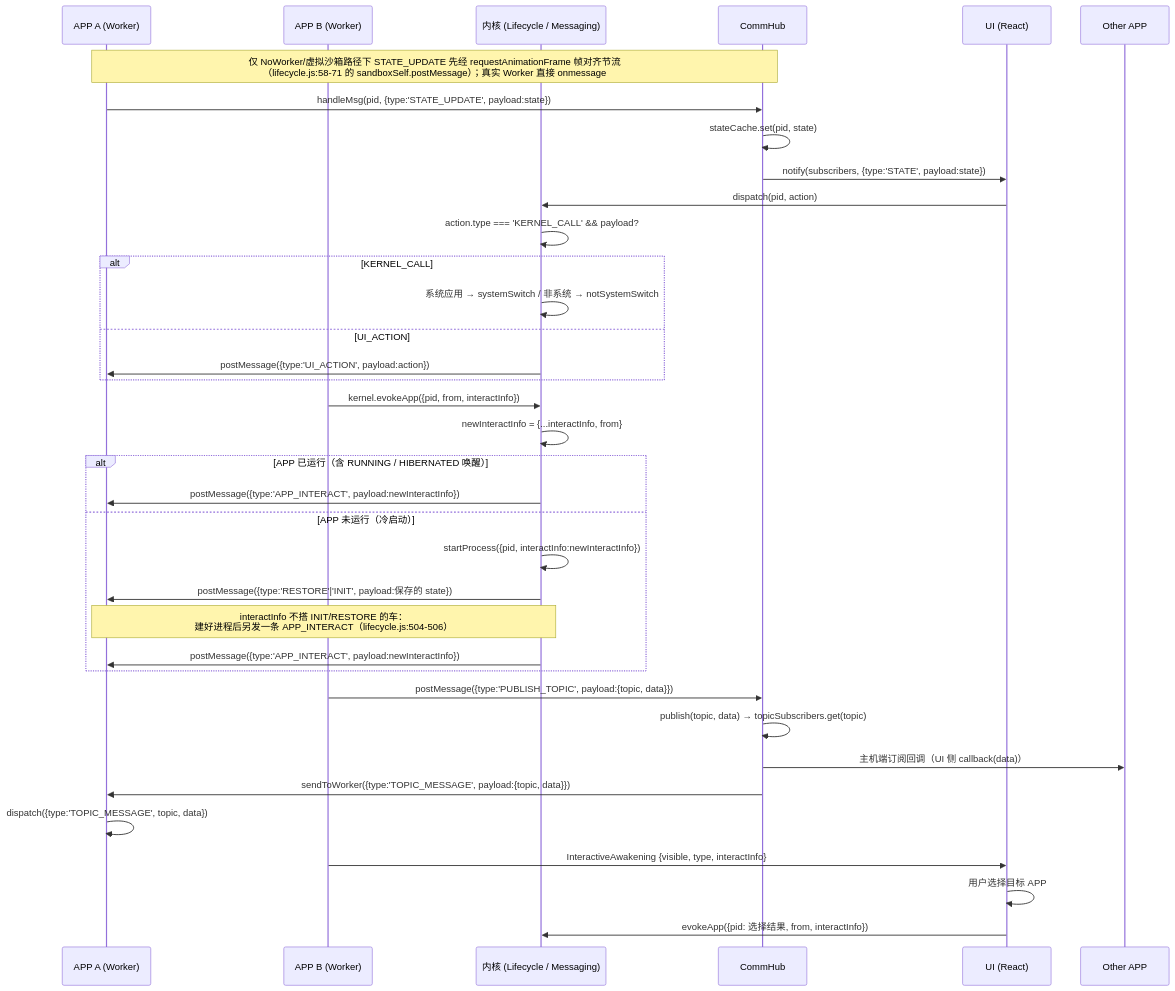
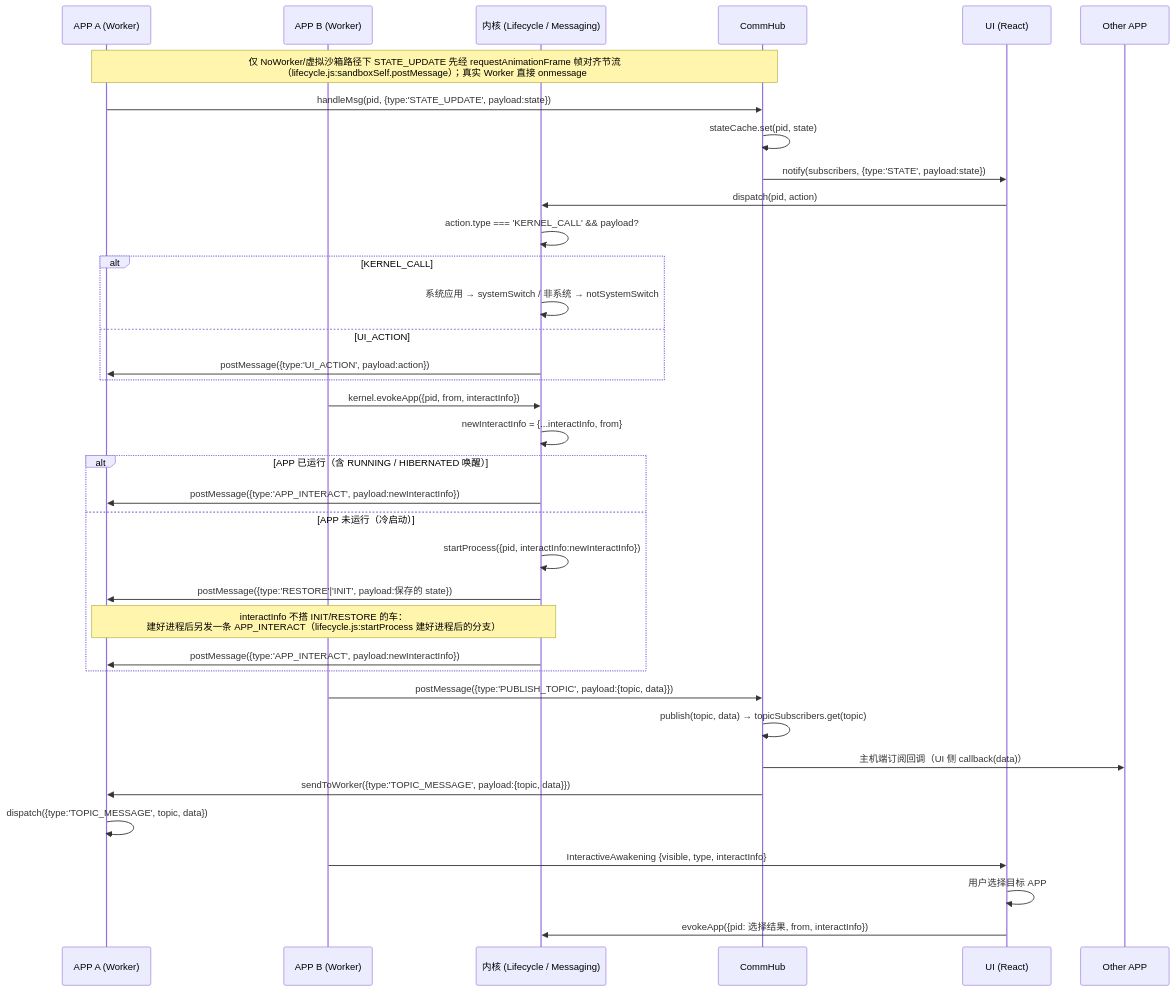
One commit to suluwanqing/sukinOS changed the diagram in docs/mermaid/20-app-communication-flow.mmd. Above: the diagram before and after it, drawn with Mermaid. The commit also changed 43 other files, not shown here.

Commit message:
完善组件文档与系统面板聚合 - 开发者中心编辑器改为多标签，二进制等不可编辑文件拦截打开 - 设置-组件页改为 SDK 组件文档，补齐公开组件，修复 ContextMenu 导出遮蔽与子菜单样式 - 修正深色提示条的文字与图标配色 - 系统应用面板统一汇总到 systemComponents，adminAppSdk 只做展开拼装

```diff
--- a/docs/mermaid/20-app-communication-flow.mmd
+++ b/docs/mermaid/20-app-communication-flow.mmd
@@ -1,46 +1,46 @@
 sequenceDiagram
     participant AppA as APP A (Worker)
     participant AppB as APP B (Worker)
     participant Kernel as 内核 (Lifecycle / Messaging)
     participant CommHub as CommHub
     participant KernelUI as UI (React)
     participant OtherApp as Other APP
 
     %% STATE_UPDATE: Worker -> UI
-    Note over AppA,CommHub: 仅 NoWorker/虚拟沙箱路径下 STATE_UPDATE 先经 requestAnimationFrame 帧对齐节流<br/>（lifecycle.js:58-71 的 sandboxSelf.postMessage）；真实 Worker 直接 onmessage
+    Note over AppA,CommHub: 仅 NoWorker/虚拟沙箱路径下 STATE_UPDATE 先经 requestAnimationFrame 帧对齐节流<br/>（lifecycle.js:sandboxSelf.postMessage）；真实 Worker 直接 onmessage
     AppA->>CommHub: handleMsg(pid, {type:'STATE_UPDATE', payload:state})
     CommHub->>CommHub: stateCache.set(pid, state)
     CommHub->>KernelUI: notify(subscribers, {type:'STATE', payload:state})
 
     %% UI_ACTION: UI -> Worker
     KernelUI->>Kernel: dispatch(pid, action)
     Kernel->>Kernel: action.type === 'KERNEL_CALL' && payload?
     alt KERNEL_CALL
         Kernel->>Kernel: 系统应用 → systemSwitch / 非系统 → notSystemSwitch
     else UI_ACTION
         Kernel->>AppA: postMessage({type:'UI_ACTION', payload:action})
     end
 
     %% evokeApp: 跨应用唤起
     AppB->>Kernel: kernel.evokeApp({pid, from, interactInfo})
     Kernel->>Kernel: newInteractInfo = {...interactInfo, from}
     alt APP 已运行（含 RUNNING / HIBERNATED 唤醒）
         Kernel->>AppA: postMessage({type:'APP_INTERACT', payload:newInteractInfo})
     else APP 未运行（冷启动）
         Kernel->>Kernel: startProcess({pid, interactInfo:newInteractInfo})
         Kernel->>AppA: postMessage({type:'RESTORE'|'INIT', payload:保存的 state})
-        Note over Kernel,AppA: interactInfo 不搭 INIT/RESTORE 的车：<br/>建好进程后另发一条 APP_INTERACT（lifecycle.js:504-506）
+        Note over Kernel,AppA: interactInfo 不搭 INIT/RESTORE 的车：<br/>建好进程后另发一条 APP_INTERACT（lifecycle.js:startProcess 建好进程后的分支）
         Kernel->>AppA: postMessage({type:'APP_INTERACT', payload:newInteractInfo})
     end
 
     %% Pub/Sub 主题消息
     AppB->>CommHub: postMessage({type:'PUBLISH_TOPIC', payload:{topic, data}})
     CommHub->>CommHub: publish(topic, data) → topicSubscribers.get(topic)
     CommHub->>OtherApp: 主机端订阅回调（UI 侧 callback(data)）
     CommHub->>AppA: sendToWorker({type:'TOPIC_MESSAGE', payload:{topic, data}})
     AppA->>AppA: dispatch({type:'TOPIC_MESSAGE', topic, data})
 
     %% InteractiveAwakening 中间件
     AppB->>KernelUI: InteractiveAwakening {visible, type, interactInfo}
     KernelUI->>KernelUI: 用户选择目标 APP
     KernelUI->>Kernel: evokeApp({pid: 选择结果, from, interactInfo})
```
